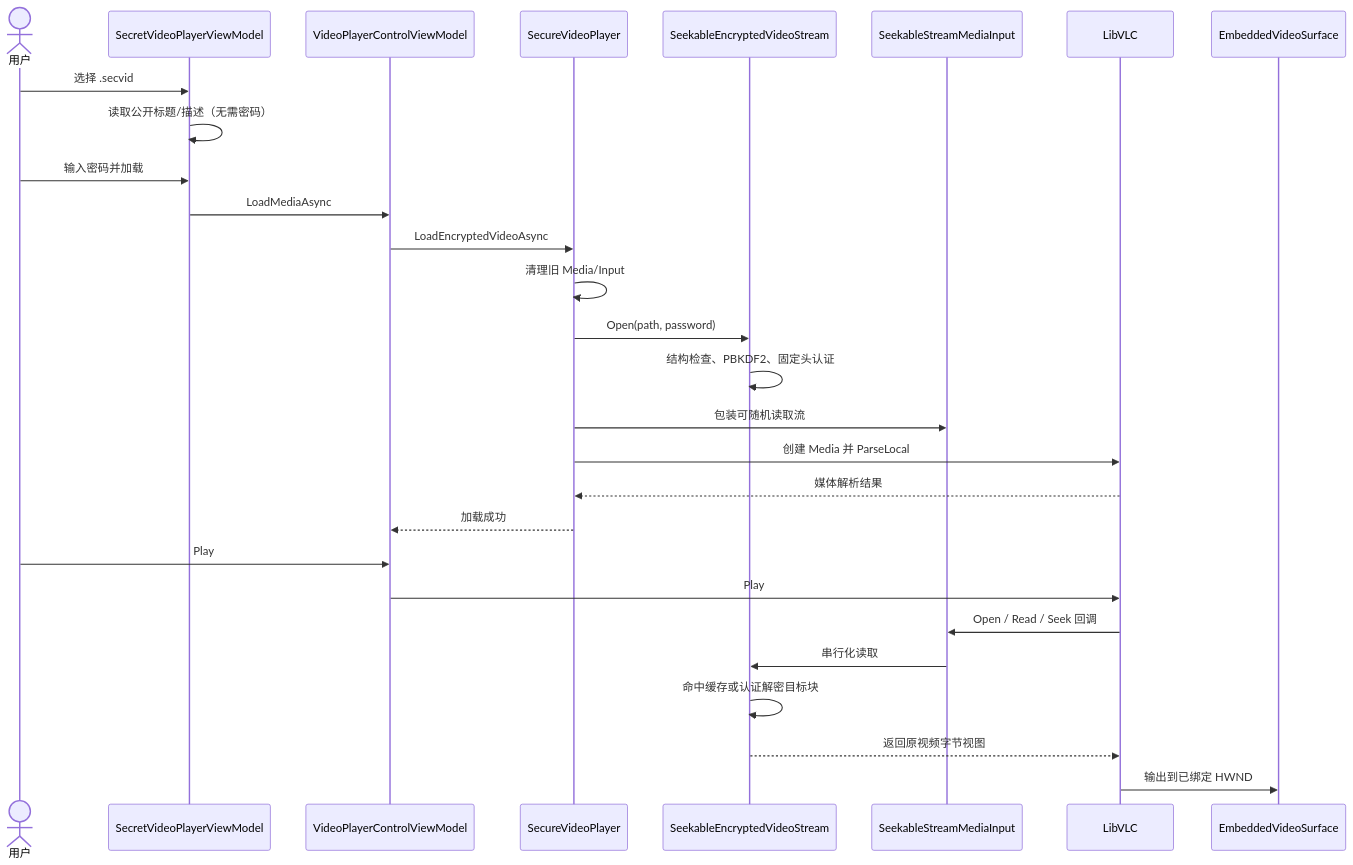
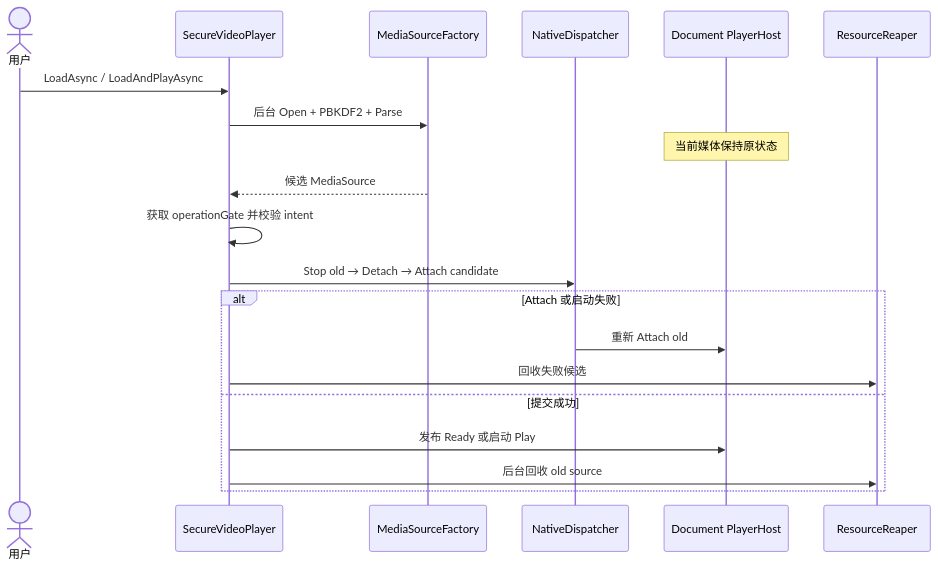
The fifth of 6 diagrams in Plugins/MySmallTools/MySmallTools/docs/secret-video-player/architecture-design.md (crownclowngx/avalonia_dock_simple_test), drawn with Mermaid before and after one commit. The commit also changed other lines of this file and 3 other files, not shown here.

````diff
--- a/Plugins/MySmallTools/MySmallTools/docs/secret-video-player/architecture-design.md
+++ b/Plugins/MySmallTools/MySmallTools/docs/secret-video-player/architecture-design.md
@@ -190,31 +199,23 @@
 ```mermaid
 sequenceDiagram
     actor User as 用户
-    participant Page as SecretVideoPlayerViewModel
-    participant VM as VideoPlayerControlViewModel
-    participant Player as SecureVideoPlayer
-    participant Stream as SeekableEncryptedVideoStream
-    participant Input as SeekableStreamMediaInput
-    participant VLC as LibVLC
-    participant Surface as EmbeddedVideoSurface
+    participant Session as SecureVideoPlayer
+    participant Factory as MediaSourceFactory
+    participant Dispatch as NativeDispatcher
+    participant Host as Document PlayerHost
+    participant Reaper as ResourceReaper
 
-    User->>Page: 选择 .secvid
-    Page->>Page: 读取公开标题/描述（无需密码）
-    User->>Page: 输入密码并加载
-    Page->>VM: LoadMediaAsync
-    VM->>Player: LoadEncryptedVideoAsync
-    Player->>Player: 清理旧 Media/Input
-    Player->>Stream: Open(path, password)
-    Stream->>Stream: 结构检查、PBKDF2、固定头认证
-    Player->>Input: 包装可随机读取流
-    Player->>VLC: 创建 Media 并 ParseLocal
-    VLC-->>Player: 媒体解析结果
-    Player-->>VM: 加载成功
-    User->>VM: Play
-    VM->>VLC: Play
-    VLC->>Input: Open / Read / Seek 回调
-    Input->>Stream: 串行化读取
-    Stream->>Stream: 命中缓存或认证解密目标块
-    Stream-->>VLC: 返回原视频字节视图
-    VLC->>Surface: 输出到已绑定 HWND
+    User->>Session: LoadAsync / LoadAndPlayAsync
+    Session->>Factory: 后台 Open + PBKDF2 + Parse
+    note over Host: 当前媒体保持原状态
+    Factory-->>Session: 候选 MediaSource
+    Session->>Session: 获取 operationGate 并校验 intent
+    Session->>Dispatch: Stop old → Detach → Attach candidate
+    alt Attach 或启动失败
+        Dispatch->>Host: 重新 Attach old
+        Session->>Reaper: 回收失败候选
+    else 提交成功
+        Session->>Host: 发布 Ready 或启动 Play
+        Session->>Reaper: 后台回收 old source
+    end
 ```
````
